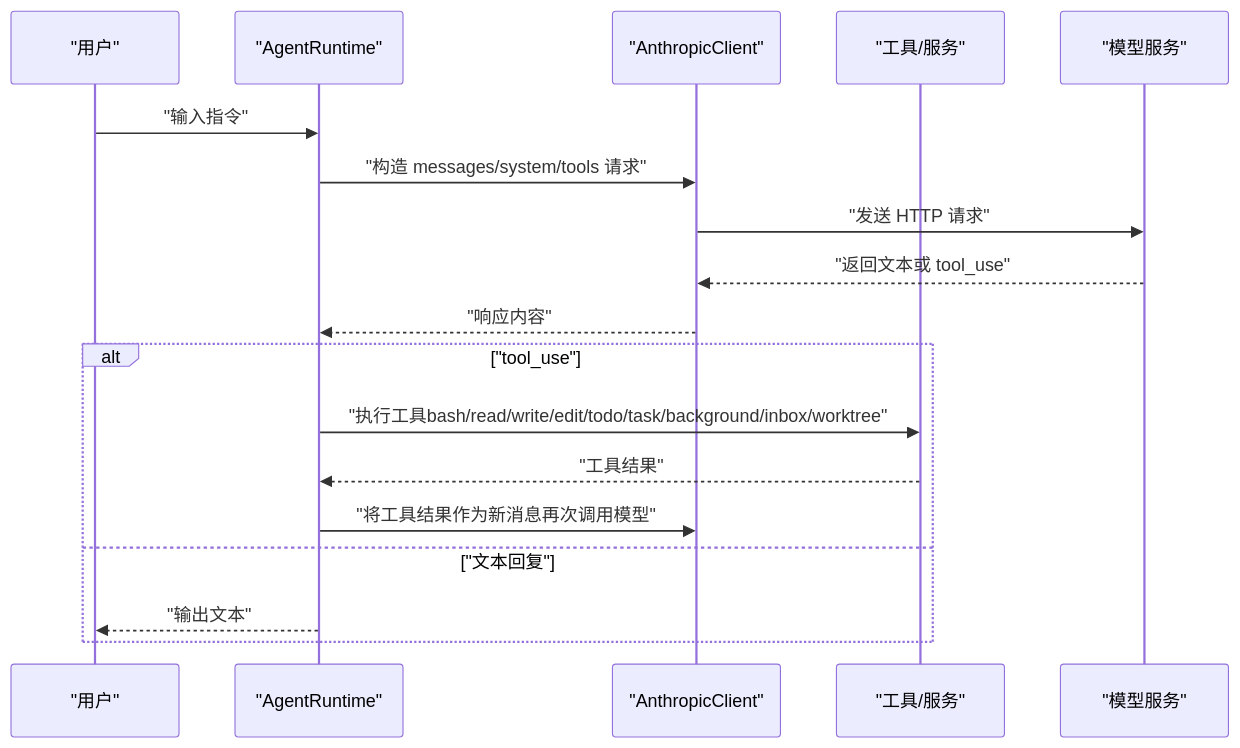
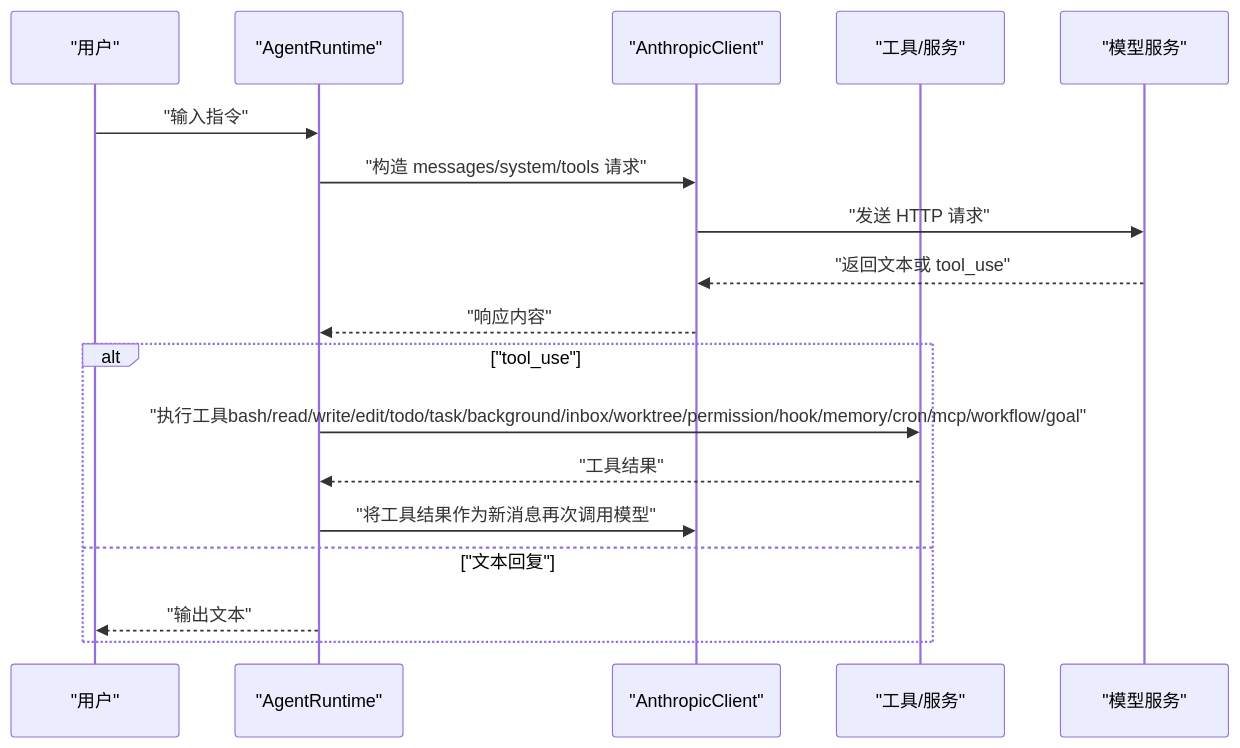
The second of 4 diagrams in .qoder/repowiki/zh/content/项目概述.md (chenlds1994/learn-claude-code-java), drawn with Mermaid before and after one commit. The commit also changed other lines of this file and 143 other files, not shown here.

First line of the commit message:
更新 repowiki 与 drawio 教程图至 17 阶段结构

````diff
--- a/.qoder/repowiki/zh/content/项目概述.md
+++ b/.qoder/repowiki/zh/content/项目概述.md
@@ -114,20 +114,20 @@
 ```mermaid
 sequenceDiagram
 participant U as "用户"
 participant R as "AgentRuntime"
 participant C as "AnthropicClient"
 participant T as "工具/服务"
 participant M as "模型服务"
 U->>R : "输入指令"
 R->>C : "构造 messages/system/tools 请求"
 C->>M : "发送 HTTP 请求"
 M-->>C : "返回文本或 tool_use"
 C-->>R : "响应内容"
 alt "tool_use"
-R->>T : "执行工具bash/read/write/edit/todo/task/background/inbox/worktree"
+R->>T : "执行工具bash/read/write/edit/todo/task/background/inbox/worktree/permission/hook/memory/cron/mcp/workflow/goal"
 T-->>R : "工具结果"
 R->>C : "将工具结果作为新消息再次调用模型"
 else "文本回复"
 R-->>U : "输出文本"
 end
 ```
````
